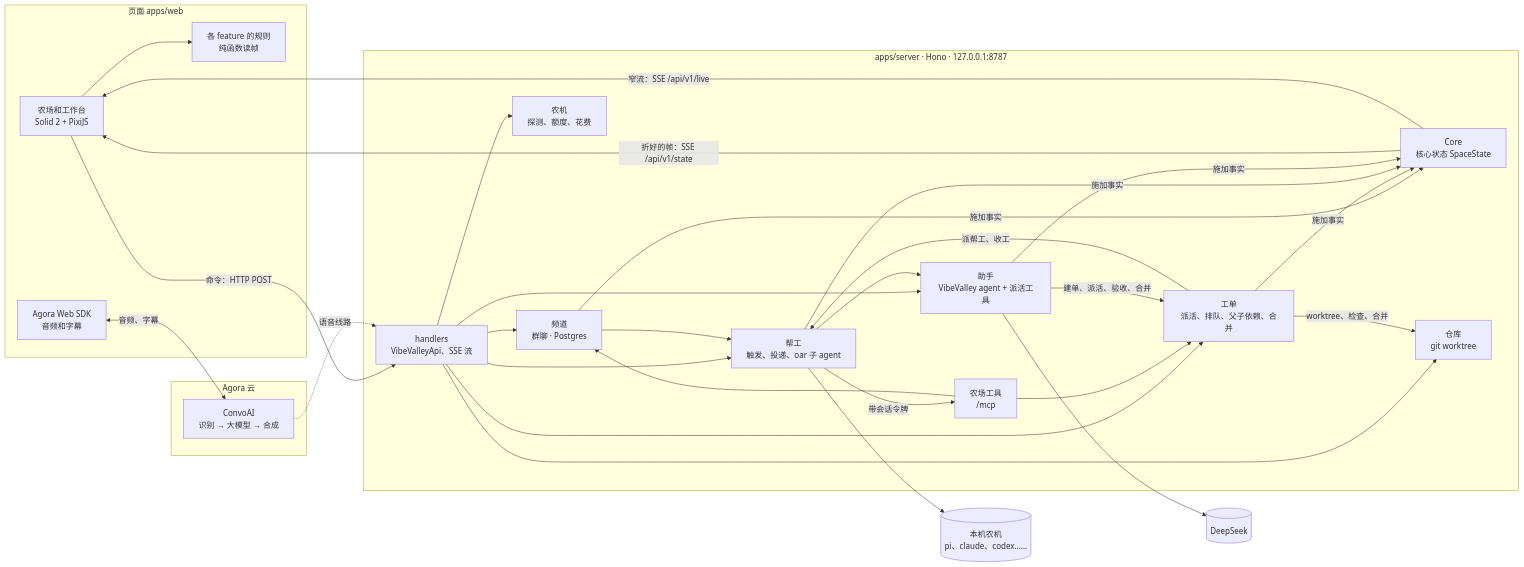
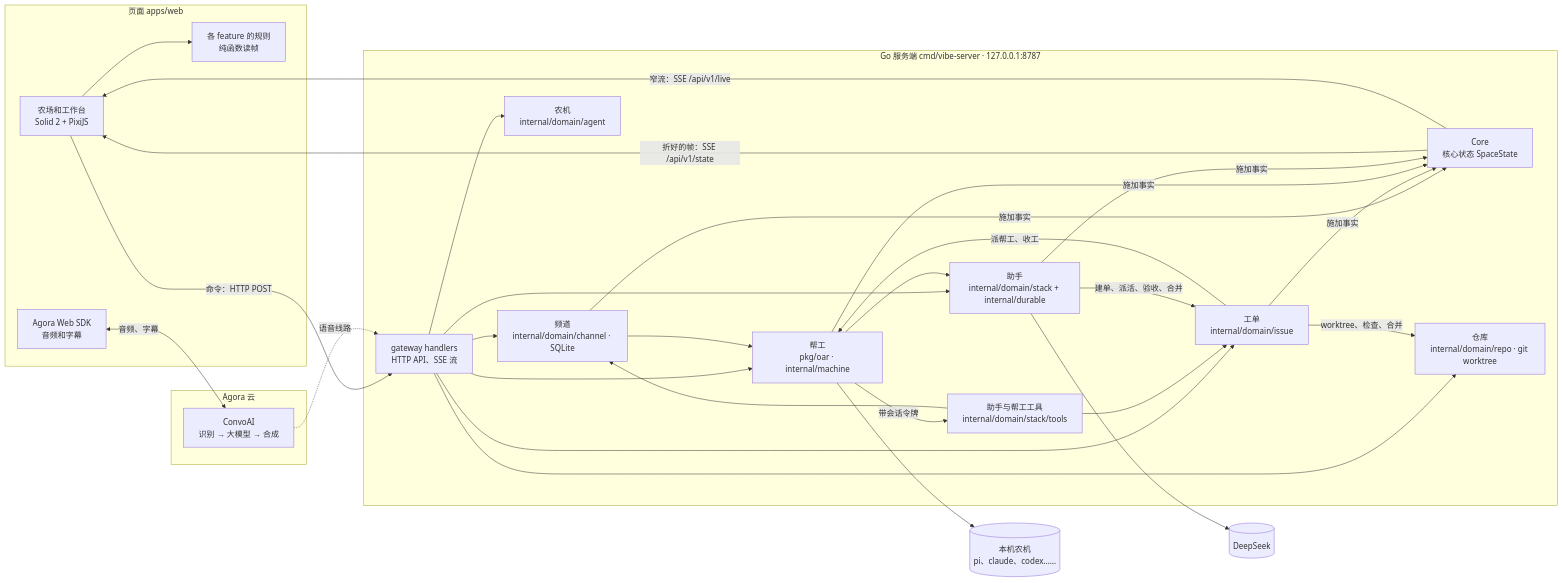
Before and after one commit to vibevalleyhq/vibevalley: the diagram in docs/architecture.md, drawn with Mermaid. The commit also changed other lines of this file and 936 other files, not shown here.

````diff
--- a/docs/architecture.md
+++ b/docs/architecture.md
@@ -5,45 +5,45 @@
 ```mermaid
 flowchart LR
   subgraph Page[页面 apps/web]
     UI[农场和工作台<br/>Solid 2 + PixiJS]
     RULES[各 feature 的规则<br/>纯函数读帧]
     RTC[Agora Web SDK<br/>音频和字幕]
   end
 
-  subgraph Server[apps/server · Hono · 127.0.0.1:8787]
-    API[handlers<br/>VibeValleyApi、SSE 流]
+  subgraph Server[Go 服务端 cmd/vibe-server · 127.0.0.1:8787]
+    API[gateway handlers<br/>HTTP API、SSE 流]
     SITE[Core<br/>核心状态 SpaceState]
-    FM[助手<br/>VibeValley agent + 派活工具]
-    CHAT[频道<br/>群聊 · Postgres]
-    TK[工单<br/>派活、排队、父子依赖、合并]
-    CREW[帮工<br/>触发、投递、oar 子 agent]
-    PRJ[仓库<br/>git worktree]
-    RT[农机<br/>探测、额度、花费]
-    MCP[农场工具<br/>/mcp]
+    FM[助手<br/>internal/domain/stack + internal/durable]
+    CHAT[频道<br/>internal/domain/channel · SQLite]
+    TK[工单<br/>internal/domain/issue]
+    CREW[帮工<br/>pkg/oar · internal/machine]
+    PRJ[仓库<br/>internal/domain/repo · git worktree]
+    RT[农机<br/>internal/domain/agent]
+    MCP[助手与帮工工具<br/>internal/domain/stack/tools]
   end
 
   subgraph Agora[Agora 云]
     CAI[ConvoAI<br/>识别 → 大模型 → 合成]
   end
 
   AGENTS[(本机农机<br/>pi、claude、codex……)]
   DS[(DeepSeek)]
 
   UI --> RULES
   UI -->|命令：HTTP POST| API
   SITE -->|折好的帧：SSE /api/v1/state| UI
   SITE -->|窄流：SSE /api/v1/live| UI
   API --> CHAT & FM & TK & CREW & PRJ & RT
   CHAT --> CREW
   CREW --> FM
   CREW -->|带会话令牌| MCP
   MCP --> CHAT & TK
   FM -->|建单、派活、验收、合并| TK
   TK -->|派帮工、收工| CREW
   TK -->|worktree、检查、合并| PRJ
   CREW --> AGENTS
   FM --> DS
   CHAT & TK & CREW & FM -->|施加事实| SITE
   RTC <-->|音频、字幕| CAI
   CAI -.->|语音线路| API
 ```
````
